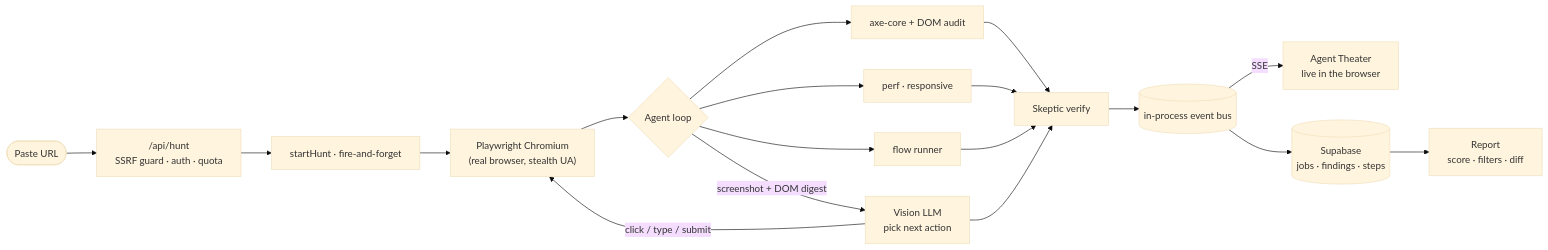
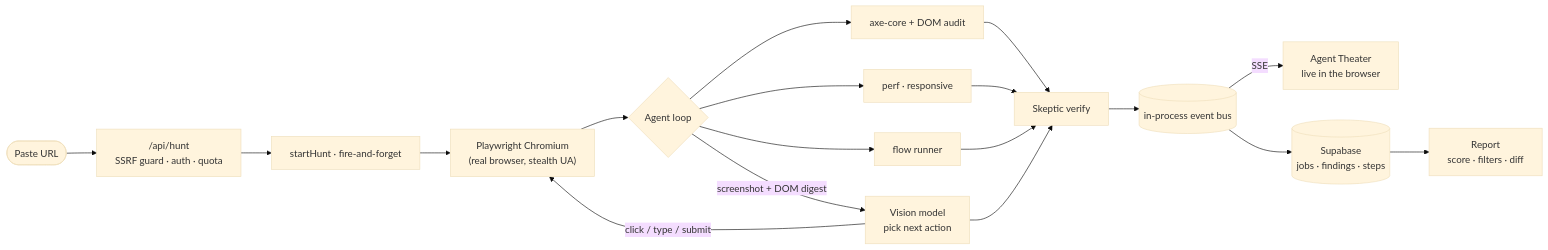
One commit to srikanth-11/snag changed the diagram in README.md. Above: the diagram before and after it, drawn with Mermaid (base theme). The commit also changed other lines of this file and 5 other files, not shown here.

````diff
--- a/README.md
+++ b/README.md
@@ -67,17 +67,17 @@
 ```mermaid
 flowchart LR
   U([Paste URL]) --> API["/api/hunt<br/>SSRF guard · auth · quota"]
   API --> H[startHunt · fire-and-forget]
   H --> D["Playwright Chromium<br/>(real browser, stealth UA)"]
   D --> L{Agent loop}
-  L -->|screenshot + DOM digest| V[Vision LLM<br/>pick next action]
+  L -->|screenshot + DOM digest| V[Vision model<br/>pick next action]
   V -->|click / type / submit| D
   L --> AX[axe-core + DOM audit]
   L --> PF[perf · responsive]
   L --> FL[flow runner]
   AX & PF & FL & V --> SK[Skeptic verify]
   SK --> BUS[(in-process event bus)]
   BUS -->|SSE| T[Agent Theater<br/>live in the browser]
   BUS --> DB[(Supabase<br/>jobs · findings · steps)]
   DB --> R[Report<br/>score · filters · diff]
 ```
````
